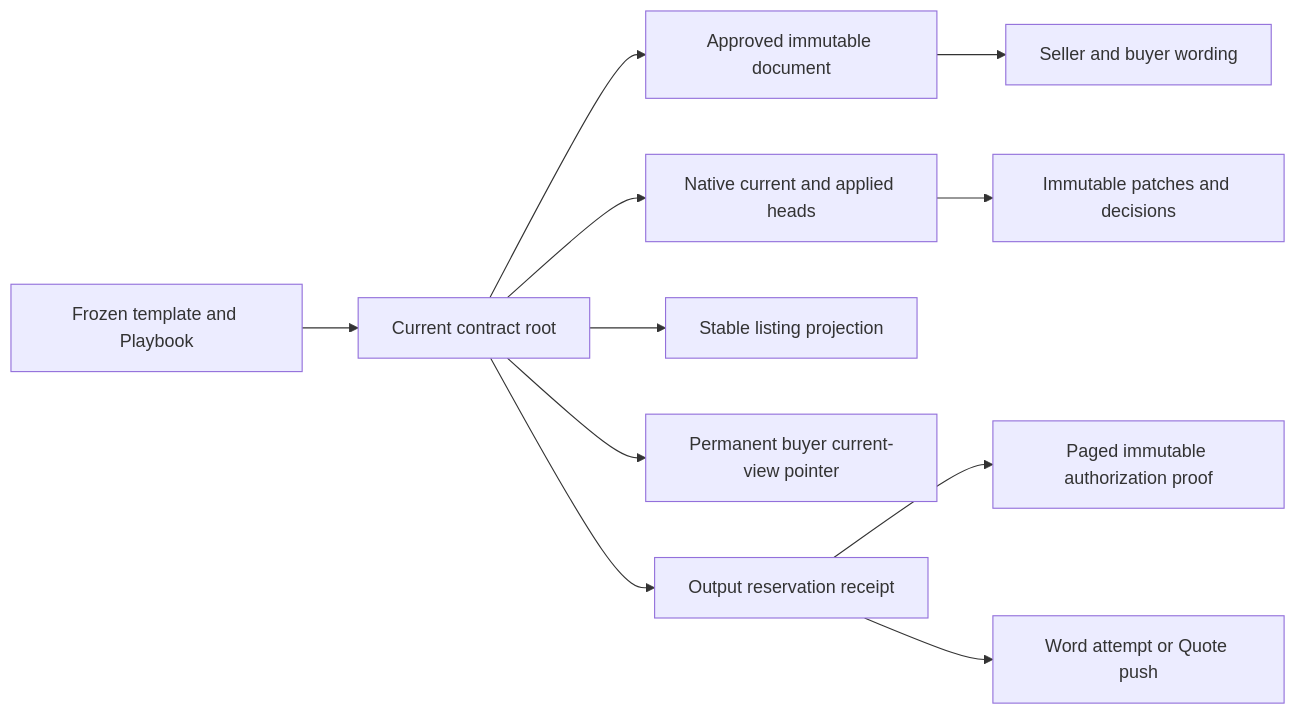
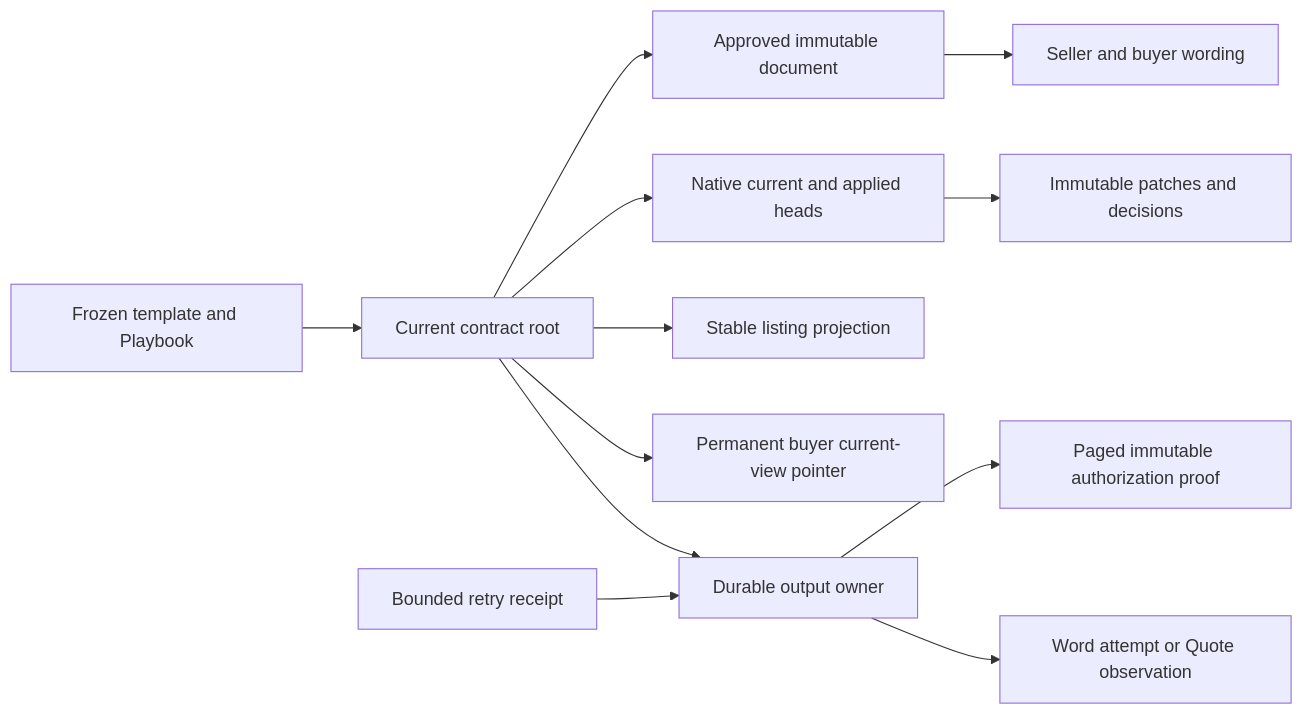
The second of 2 diagrams in docs/data-model.md (newmanjulien/dinu-app), drawn with Mermaid before and after one commit. The commit also changed other lines of this file and 408 other files, not shown here.

````diff
--- a/docs/data-model.md
+++ b/docs/data-model.md
@@ -152,13 +150,14 @@
 ```mermaid
 flowchart LR
     Template[Frozen template and Playbook] --> Root[Current contract root]
     Root --> Document[Approved immutable document]
     Root --> Heads[Native current and applied heads]
     Heads --> Changes[Immutable patches and decisions]
     Root --> Directory[Stable listing projection]
     Root --> Link[Permanent buyer current-view pointer]
     Document --> View[Seller and buyer wording]
-    Root --> Receipt[Output reservation receipt]
-    Receipt --> Proof[Paged immutable authorization proof]
-    Receipt --> Output[Word attempt or Quote push]
+    Root --> Output[Durable output owner]
+    Receipt[Bounded retry receipt] --> Output
+    Output --> Proof[Paged immutable authorization proof]
+    Output --> Attempt[Word attempt or Quote observation]
 ```
````
